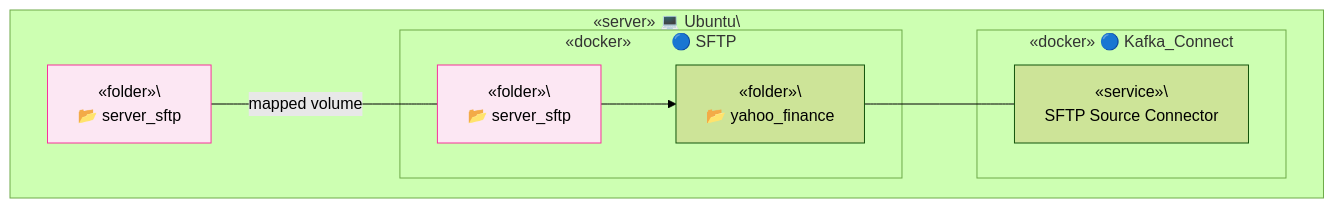
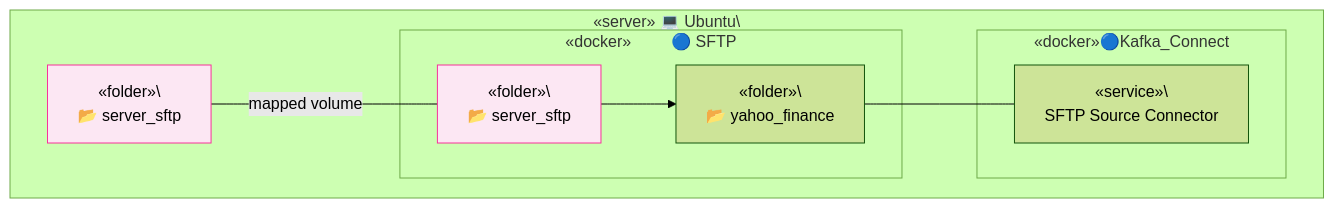
The fifth of 5 diagrams in server_sftp/README.md (TrulyDigital/DATA_STREET), drawn with Mermaid (forest theme) before and after one commit.

Commit message:
feat: server-sftp uptade

````diff
--- a/server_sftp/README.md
+++ b/server_sftp/README.md
@@ -96,24 +96,24 @@
 ```mermaid
 graph TD
     subgraph Container_A [«server» 💻 Ubuntu\<br/>]
         A1[«folder»\<br/> 📂 server_sftp]
         A1:::note_a1
 
         subgraph Container_B [«docker»&nbsp;&nbsp;&nbsp;&nbsp;&nbsp;&nbsp;&nbsp;&nbsp;&nbsp;🔵 SFTP]
             B1[«folder»\<br/> 📂 server_sftp]
             B1:::note_b1
             B2[«folder»\<br/> 📂 yahoo_finance]
         end
 
-        subgraph Container_C [«docker» 🔵 Kafka_Connect]
+        subgraph Container_C [«docker»🔵Kafka_Connect]
             C1[«service»\<br/> SFTP Source Connector]
         end
 
         A1 -- mapped volume --- B1
         B1 --> B2
         B2 --- C1
 
         classDef note_a1 fill:#fce7f3,stroke:#f6339a,stroke-width:1px;
         classDef note_b1 fill:#fce7f3,stroke:#f6339a,stroke-width:1px;
     end
 ```
````
